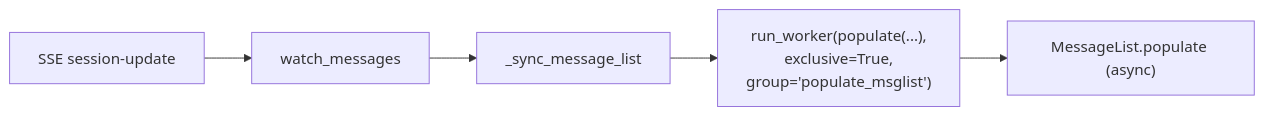
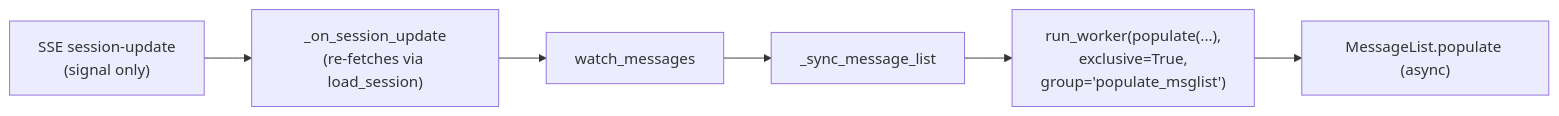
One commit to delexw/claude-code-trace changed the eighth of 11 diagrams in specs/06-tui.md. Above: the diagram before and after it, drawn with Mermaid. The commit also changed other lines of this file and 14 other files, not shown here.

````diff
--- a/specs/06-tui.md
+++ b/specs/06-tui.md
@@ -226,7 +233,8 @@
 ```mermaid
 flowchart LR
-    SSE["SSE session-update"] --> WM[watch_messages]
+    SSE["SSE session-update\n(signal only)"] --> OSU["_on_session_update\n(re-fetches via load_session)"]
+    OSU --> WM[watch_messages]
     WM --> SML[_sync_message_list]
     SML --> WORKER["run_worker(populate(...),\nexclusive=True,\ngroup='populate_msglist')"]
     WORKER --> POP["MessageList.populate (async)"]
 ```
````
